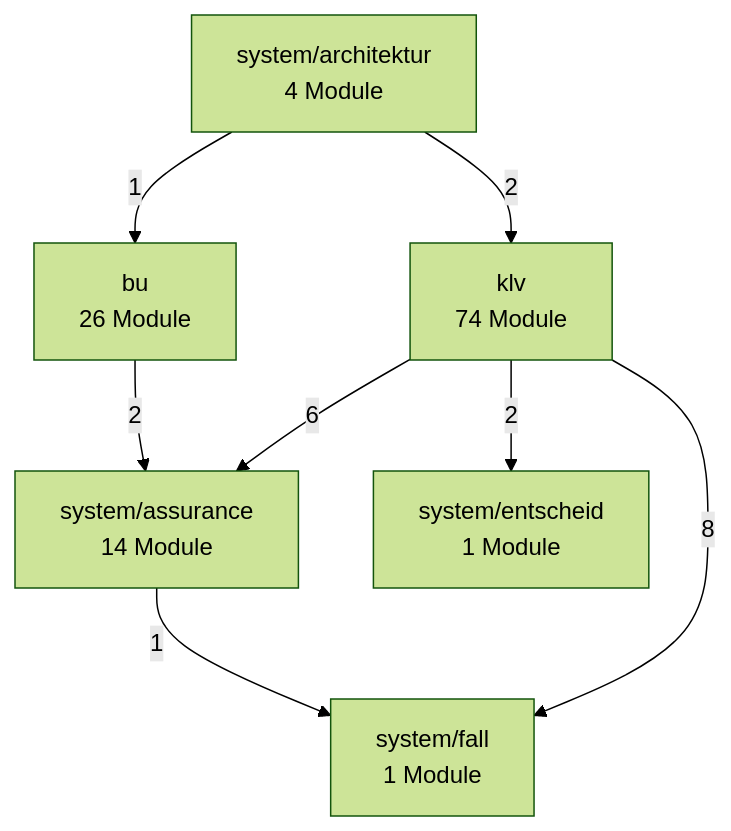
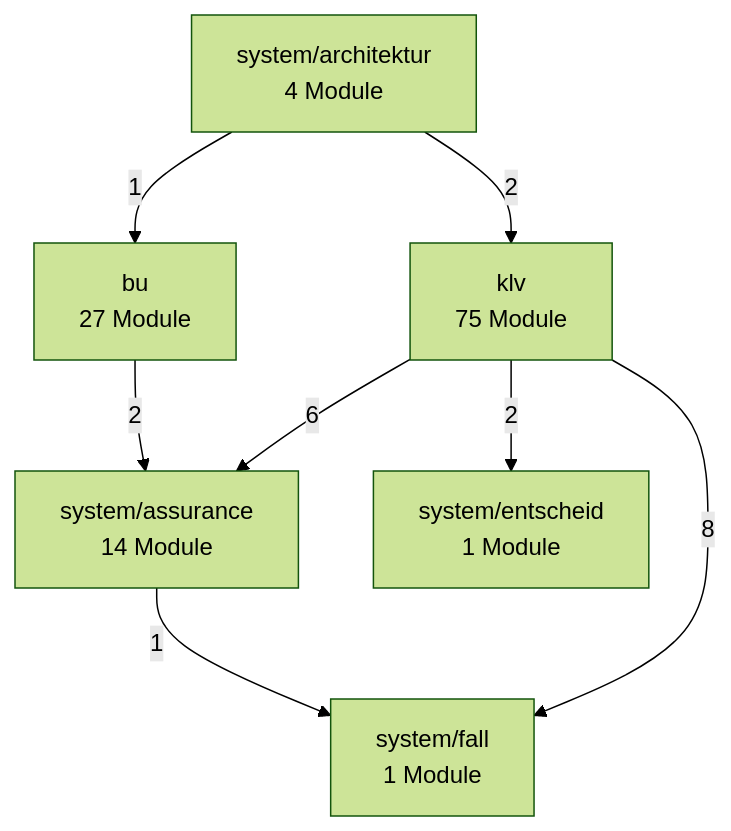
One commit to bartlmac/rechner-pipeline changed the second of 3 diagrams in docs/architektur/landkarte.md. Above: the diagram before and after it, drawn with Mermaid (forest theme). The commit also changed other lines of this file and 11 other files, not shown here.

````diff
--- a/docs/architektur/landkarte.md
+++ b/docs/architektur/landkarte.md
@@ -74,17 +74,17 @@
 ```mermaid
 %% Fachknoten — erzeugt von ontologie.landkarte
 flowchart TD
-    bu["bu<br/>26 Module"]
-    klv["klv<br/>74 Module"]
+    bu["bu<br/>27 Module"]
+    klv["klv<br/>75 Module"]
     system_architektur["system/architektur<br/>4 Module"]
     system_assurance["system/assurance<br/>14 Module"]
     system_entscheid["system/entscheid<br/>1 Module"]
     system_fall["system/fall<br/>1 Module"]
     bu -- 2 --> system_assurance
     klv -- 6 --> system_assurance
     klv -- 2 --> system_entscheid
     klv -- 8 --> system_fall
     system_architektur -- 1 --> bu
     system_architektur -- 2 --> klv
     system_assurance -- 1 --> system_fall
 ```
````
